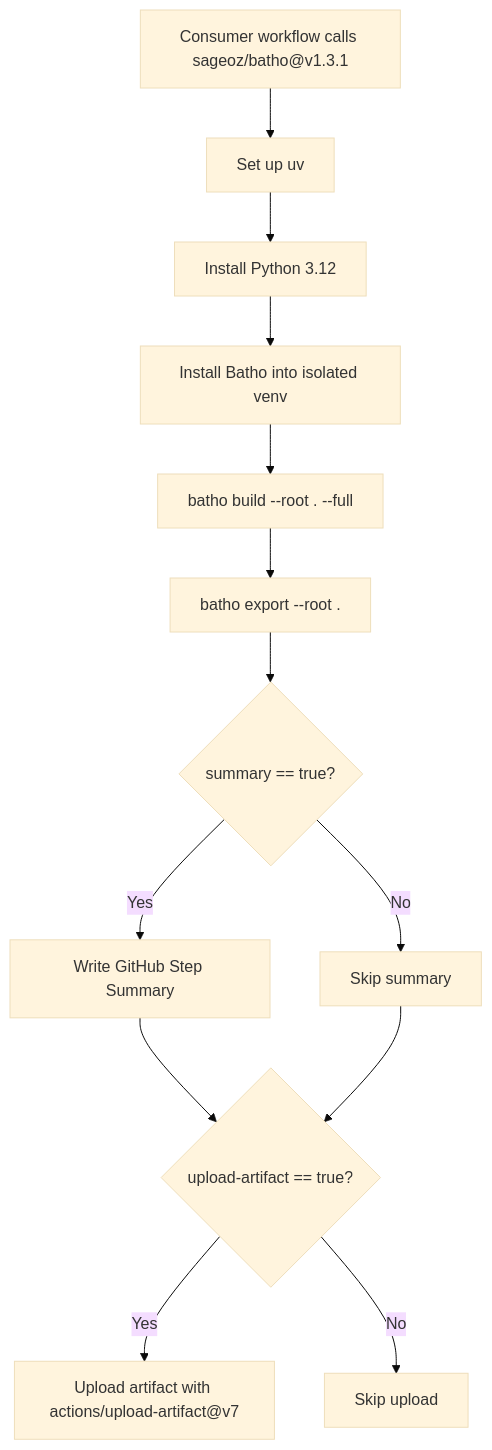
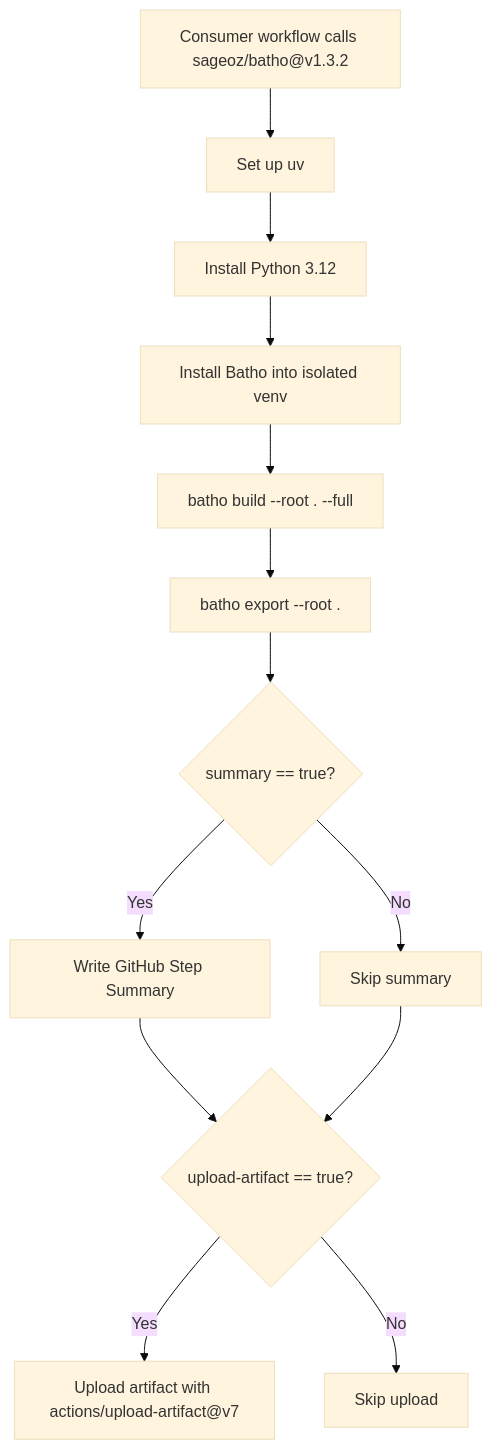
The diagram in docs-site/docs/cicd/composite-action.md (sageoz/Batho), drawn with Mermaid (base theme) before and after one commit. The commit also changed other lines of this file and 22 other files, not shown here.

````diff
--- a/docs-site/docs/cicd/composite-action.md
+++ b/docs-site/docs/cicd/composite-action.md
@@ -7,15 +7,15 @@
 ```mermaid
 flowchart TD
-    A["Consumer workflow calls sageoz/batho@v1.3.1"] --> B["Set up uv"]
+    A["Consumer workflow calls sageoz/batho@v1.3.2"] --> B["Set up uv"]
     B --> C["Install Python 3.12"]
     C --> D["Install Batho into isolated venv"]
     D --> E["batho build --root . --full"]
     E --> F["batho export --root ."]
     F --> G{"summary == true?"}
     G -- Yes --> H["Write GitHub Step Summary"]
     G -- No --> I["Skip summary"]
     H --> J{"upload-artifact == true?"}
     I --> J
     J -- Yes --> K["Upload artifact with actions/upload-artifact@v7"]
     J -- No --> L["Skip upload"]
 ```
````
